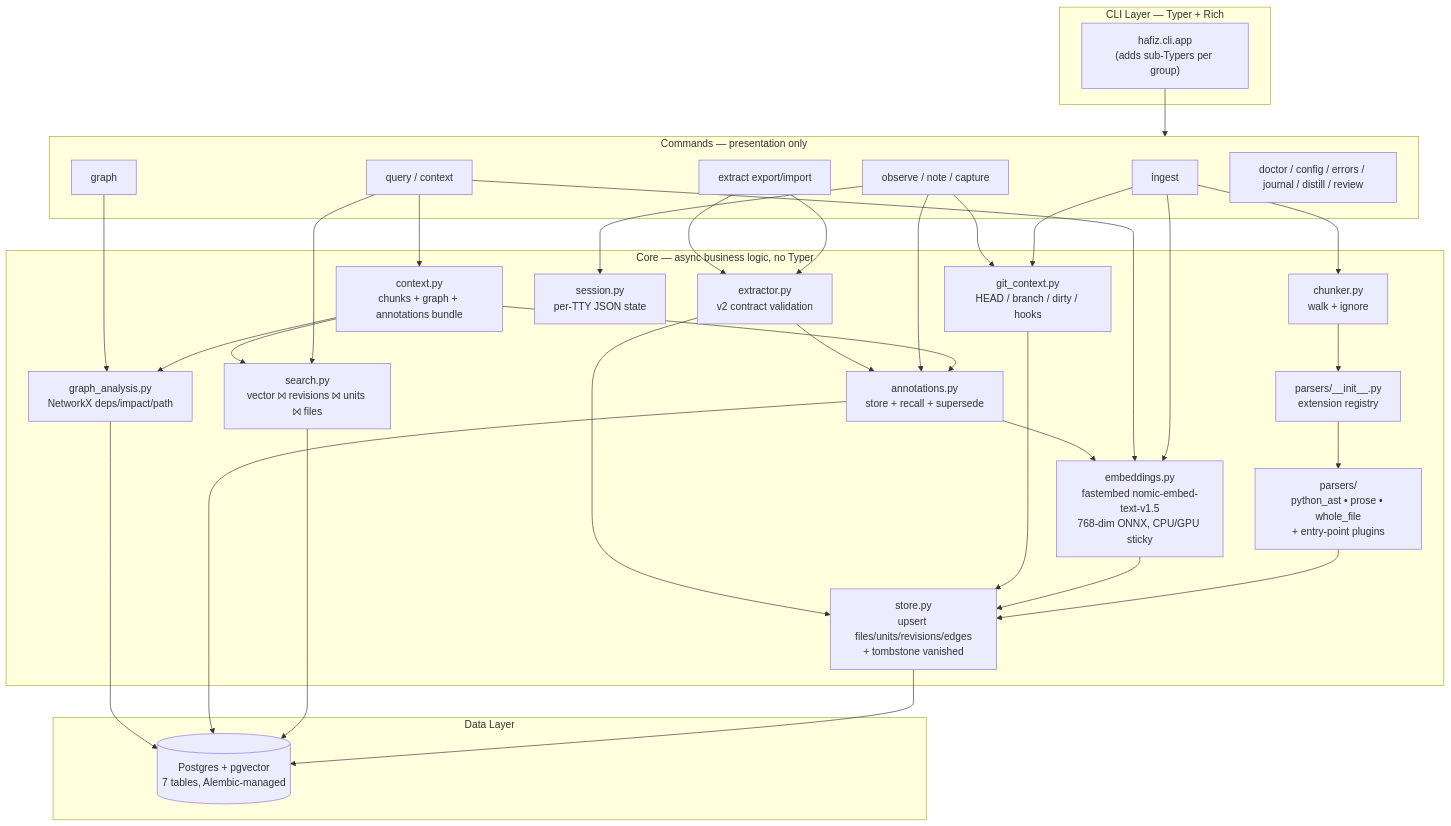
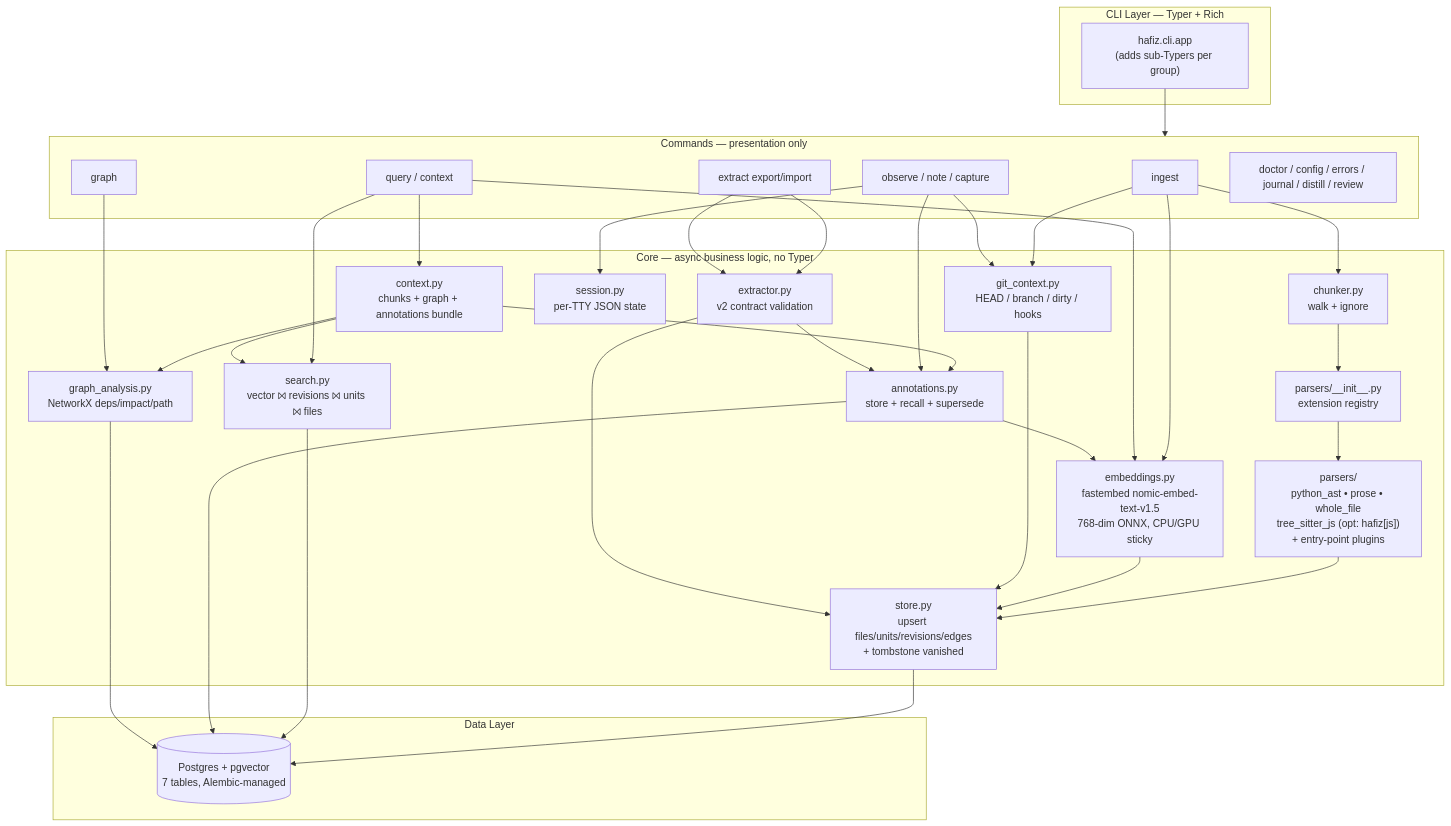
Before and after one commit to irsali/hafiz: the second of 7 diagrams in docs/architecture.md, drawn with Mermaid. The commit also changed other lines of this file and 9 other files, not shown here.

First line of the commit message:
feat(parsers): JavaScript/TypeScript AST parser (tree-sitter)

````diff
--- a/docs/architecture.md
+++ b/docs/architecture.md
@@ -49,56 +49,56 @@
 ```mermaid
 flowchart TB
     subgraph cli["CLI Layer — Typer + Rich"]
         entry["hafiz.cli.app<br>(adds sub-Typers per group)"]
     end
 
     subgraph cmd["Commands — presentation only"]
         ingest_c["ingest"]
         query_c["query / context"]
         observe_c["observe / note / capture"]
         graph_c["graph"]
         extract_c["extract export/import"]
         ops_c["doctor / config / errors / journal / distill / review"]
     end
 
     subgraph core["Core — async business logic, no Typer"]
         chunker["chunker.py<br>walk + ignore"]
         registry["parsers/__init__.py<br>extension registry"]
-        parsers_box["parsers/<br>python_ast • prose • whole_file<br>+ entry-point plugins"]
+        parsers_box["parsers/<br>python_ast • prose • whole_file<br>tree_sitter_js (opt: hafiz[js])<br>+ entry-point plugins"]
         embed["embeddings.py<br>fastembed nomic-embed-text-v1.5<br>768-dim ONNX, CPU/GPU sticky"]
         store["store.py<br>upsert files/units/revisions/edges<br>+ tombstone vanished"]
         search["search.py<br>vector ⨝ revisions ⨝ units ⨝ files"]
         ann["annotations.py<br>store + recall + supersede"]
         ctx["context.py<br>chunks + graph + annotations bundle"]
         graph_an["graph_analysis.py<br>NetworkX deps/impact/path"]
         ext["extractor.py<br>v2 contract validation"]
         sess["session.py<br>per-TTY JSON state"]
         gitctx["git_context.py<br>HEAD / branch / dirty / hooks"]
     end
 
     subgraph data["Data Layer"]
         db[("Postgres + pgvector<br>7 tables, Alembic-managed")]
     end
 
     entry --> cmd
 
     ingest_c --> chunker --> registry --> parsers_box
     parsers_box --> store
     ingest_c --> embed --> store
     store --> db
     ingest_c --> gitctx --> store
 
     query_c --> embed
     query_c --> search --> db
     query_c --> ctx --> search
     ctx --> ann --> db
     ctx --> graph_an --> db
 
     observe_c --> ann --> embed
     observe_c --> sess
     observe_c --> gitctx
 
     graph_c --> graph_an
     extract_c --> ext --> store
     extract_c --> ext --> ann
 ```
````
